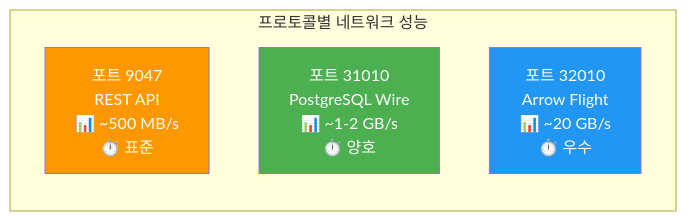
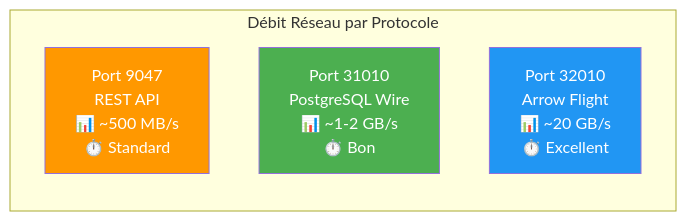
Before and after one commit to Monsau/Talentys-OSS-Data-Platform: the fourth of 9 diagrams in docs/i18n/ko/architecture/dremio-ports-visual.md, drawn with Mermaid. The commit also changed other lines of this file and 485 other files, not shown here.

First line of the commit message:
feat: v1.1.0 - Complete i18n roadmap, AI services, and data platform

````diff
--- a/docs/i18n/ko/architecture/dremio-ports-visual.md
+++ b/docs/i18n/ko/architecture/dremio-ports-visual.md
@@ -139,12 +139,12 @@
 ```mermaid
 graph LR
-    subgraph "프로토콜별 네트워크 성능"
-        A["포트 9047<br/>REST API<br/>📊 ~500 MB/s<br/>⏱️ 표준"]
-        B["포트 31010<br/>PostgreSQL Wire<br/>📊 ~1-2 GB/s<br/>⏱️ 양호"]
-        C["포트 32010<br/>Arrow Flight<br/>📊 ~20 GB/s<br/>⏱️ 우수"]
+    subgraph "Débit Réseau par Protocole"
+        A["Port 9047<br/>REST API<br/>📊 ~500 MB/s<br/>⏱️ Standard"]
+        B["Port 31010<br/>PostgreSQL Wire<br/>📊 ~1-2 GB/s<br/>⏱️ Bon"]
+        C["Port 32010<br/>Arrow Flight<br/>📊 ~20 GB/s<br/>⏱️ Excellent"]
     end
     
     style A fill:#FF9800,color:#fff
     style B fill:#4CAF50,color:#fff
     style C fill:#2196F3,color:#fff
 ```
````
